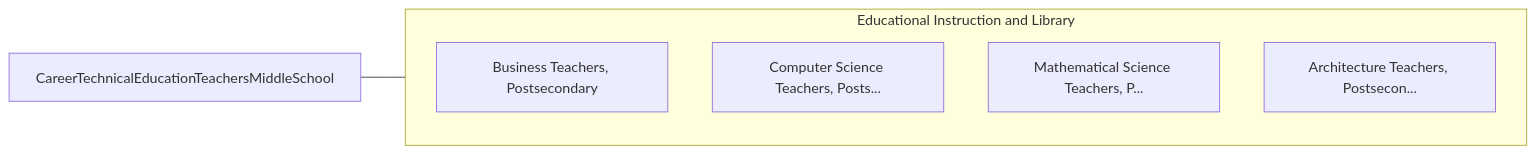
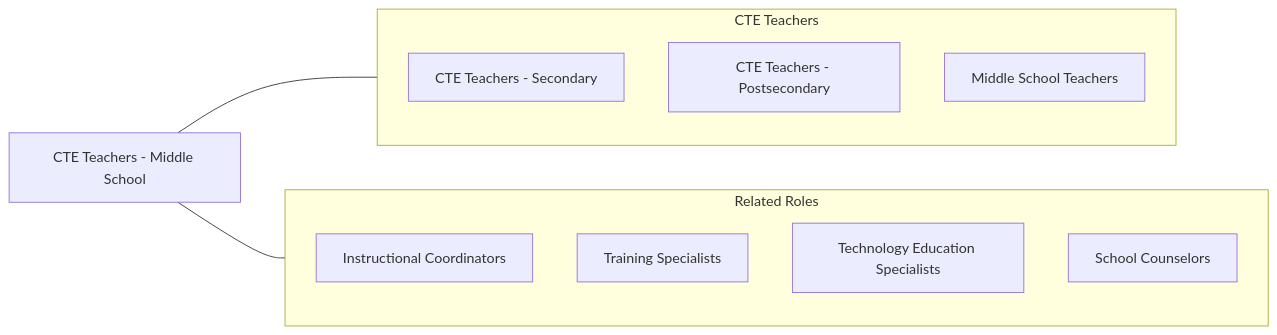
Before and after one commit to kziemski/business.org.ai: the fourth of 4 diagrams in occupations/Education/CareerTechnicalEducationTeachersMiddleSchool.mdx, drawn with Mermaid. The commit also changed other lines of this file and 938 other files, not shown here.

````diff
--- a/occupations/Education/CareerTechnicalEducationTeachersMiddleSchool.mdx
+++ b/occupations/Education/CareerTechnicalEducationTeachersMiddleSchool.mdx
@@ -88,13 +168,20 @@
 ```mermaid
 graph LR
-    Current["CareerTechnicalEducationTeachersMiddleSchool"]
+    Current["CTE Teachers - Middle School"]
 
-    subgraph SameCategory["Educational Instruction and Library"]
-        BusinessTeachersPost["Business Teachers, Postsecondary"]
-        ComputerScienceTeach["Computer Science Teachers, Posts..."]
-        MathematicalScienceT["Mathematical Science Teachers, P..."]
-        ArchitectureTeachers["Architecture Teachers, Postsecon..."]
+    subgraph SameCategory["CTE Teachers"]
+        CTESecondary["CTE Teachers - Secondary"]
+        CTEPostsecondary["CTE Teachers - Postsecondary"]
+        MiddleSchool["Middle School Teachers"]
+    end
+
+    subgraph CrossFunctional["Related Roles"]
+        IC["Instructional Coordinators"]
+        TrainDev["Training Specialists"]
+        TechEd["Technology Education Specialists"]
+        Counselors["School Counselors"]
     end
 
     Current --- SameCategory
+    Current --- CrossFunctional
 ```
````
